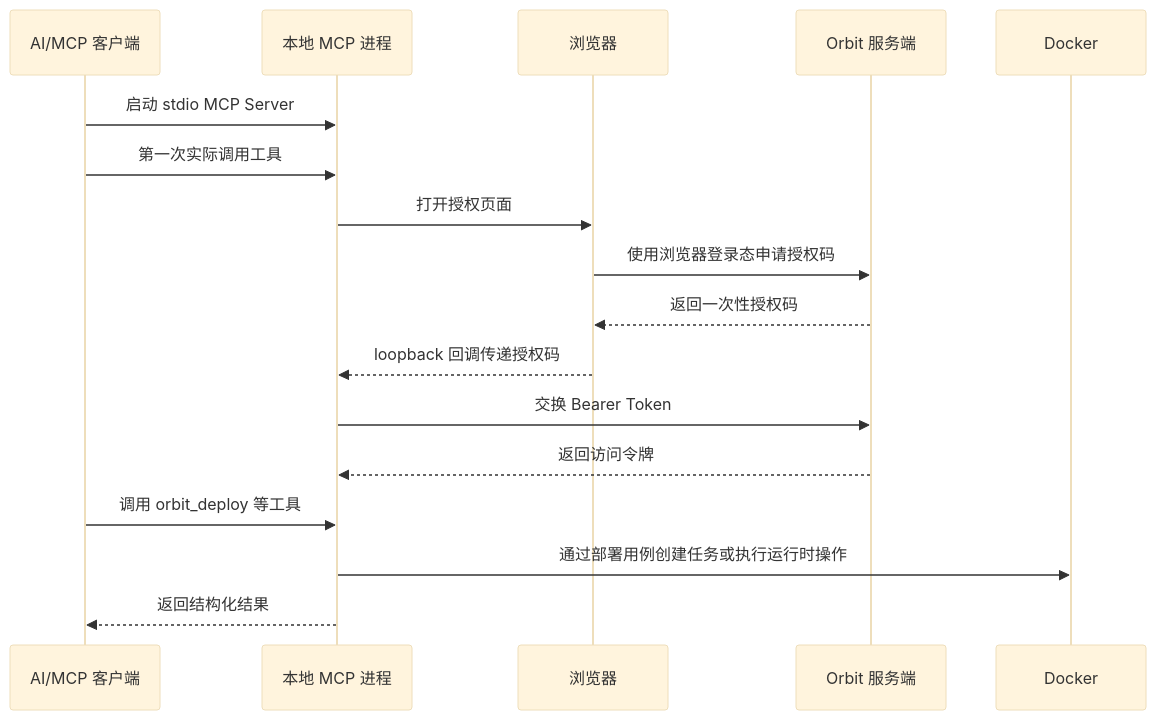
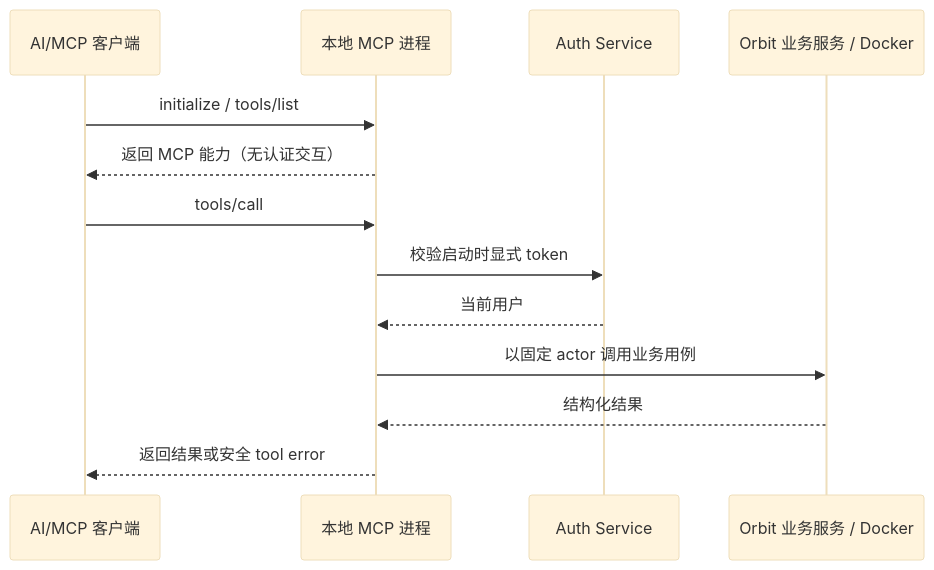
One commit to leoninew/pomelo-orbit changed the third of 4 diagrams in docs/guides/client-cloud-invocation.md. Above: the diagram before and after it, drawn with Mermaid (base theme). The commit also changed other lines of this file and 94 other files, not shown here.

````diff
--- a/docs/guides/client-cloud-invocation.md
+++ b/docs/guides/client-cloud-invocation.md
@@ -73,20 +73,16 @@
 ```mermaid
 sequenceDiagram
     participant C as AI/MCP 客户端
     participant S as 本地 MCP 进程
-    participant B as 浏览器
-    participant O as Orbit 服务端
-    participant D as Docker
+    participant A as Auth Service
+    participant D as Orbit 业务服务 / Docker
 
-    C->>S: 启动 stdio MCP Server
-    C->>S: 第一次实际调用工具
-    S->>B: 打开授权页面
-    B->>O: 使用浏览器登录态申请授权码
-    O-->>B: 返回一次性授权码
-    B-->>S: loopback 回调传递授权码
-    S->>O: 交换 Bearer Token
-    O-->>S: 返回访问令牌
-    C->>S: 调用 orbit_deploy 等工具
-    S->>D: 通过部署用例创建任务或执行运行时操作
-    S-->>C: 返回结构化结果
+    C->>S: initialize / tools/list
+    S-->>C: 返回 MCP 能力（无认证交互）
+    C->>S: tools/call
+    S->>A: 校验启动时显式 token
+    A-->>S: 当前用户
+    S->>D: 以固定 actor 调用业务用例
+    D-->>S: 结构化结果
+    S-->>C: 返回结果或安全 tool error
 ```
````
